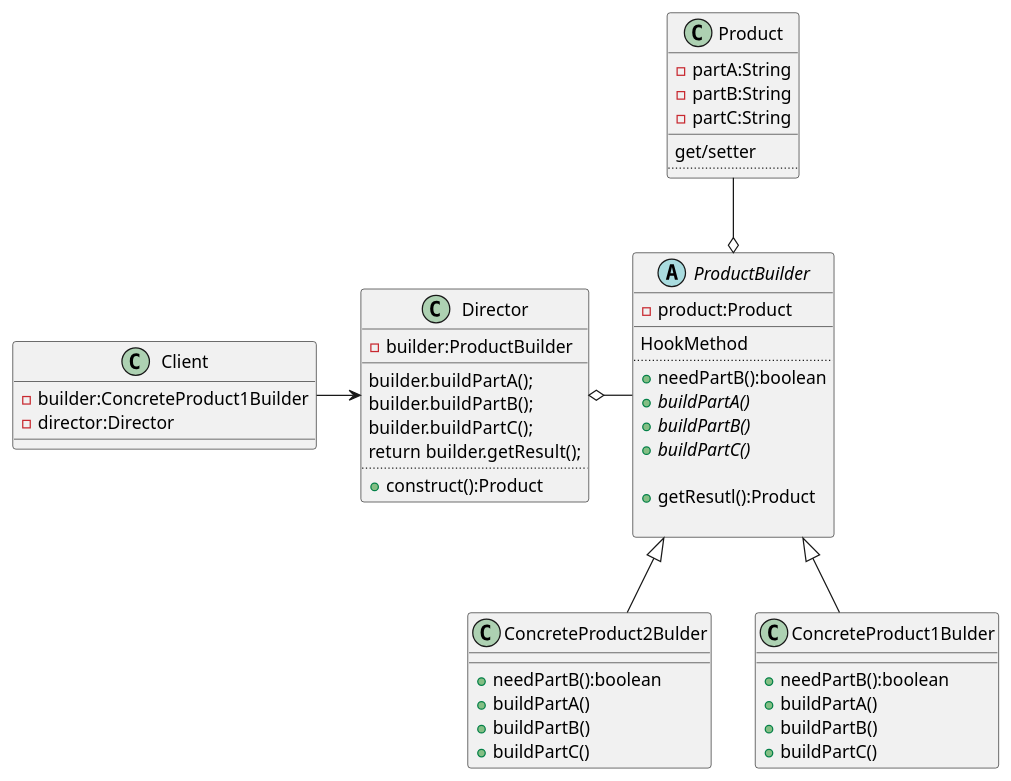
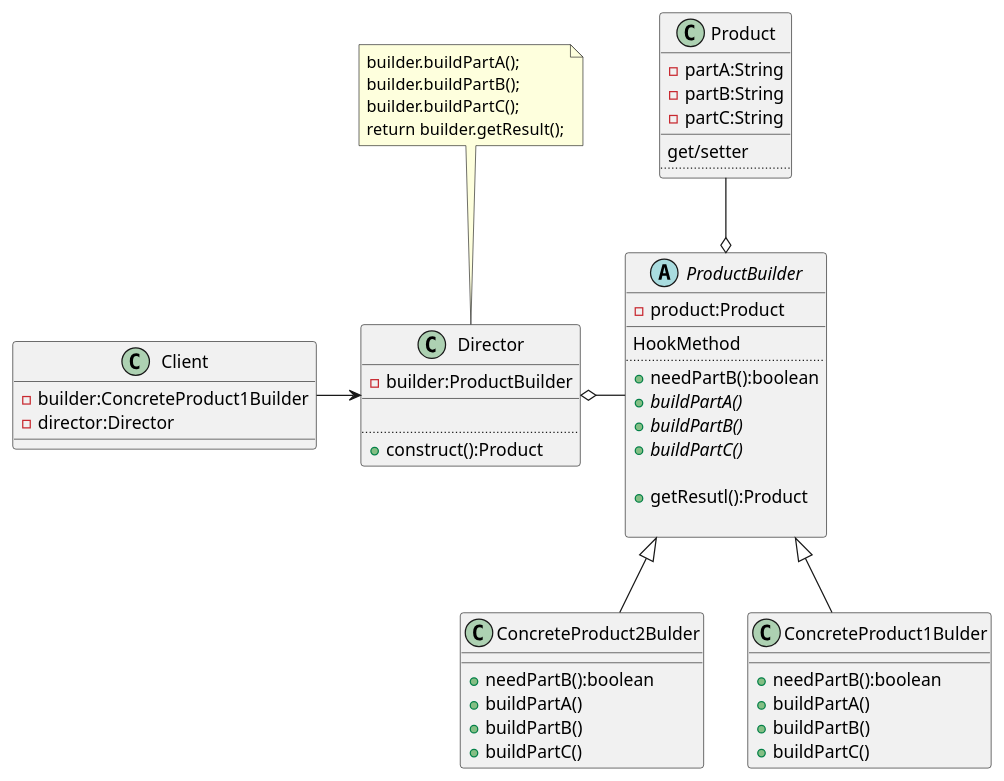
One commit to ronggenliu/DesignPattern changed the diagram in src/me/ronggenliu/dp/creation/builder/classes.puml. Above: the diagram before and after it, drawn with PlantUML. The commit also changed 1 other file, not shown here.

Commit message:
add class diagram.

```diff
--- a/src/me/ronggenliu/dp/creation/builder/classes.puml
+++ b/src/me/ronggenliu/dp/creation/builder/classes.puml
@@ -1,62 +1,65 @@
 @startuml
 
 class Client {
     - builder:ConcreteProduct1Builder
     - director:Director
 }
 
 class Director {
     - builder:ProductBuilder
     __
-    builder.buildPartA();
-    builder.buildPartB();
-    builder.buildPartC();
-    return builder.getResult();
+
     ..
     + construct():Product
 }
 
 abstract class ProductBuilder {
     - product:Product
     __
     HookMethod
     ..
     + needPartB():boolean
     + {abstract} buildPartA()
     + {abstract} buildPartB()
     + {abstract} buildPartC()
 
     + getResutl():Product
 
 }
 together {
     class ConcreteProduct1Bulder {
         + needPartB():boolean
         + buildPartA()
         + buildPartB()
         + buildPartC()
     }
     class ConcreteProduct2Bulder {
         + needPartB():boolean
         + buildPartA()
         + buildPartB()
         + buildPartC()
     }
 }
 
 class Product {
     - partA:String
     - partB:String
     - partC:String
     __
     get/setter
     ..
 }
-
+note as n1
+    builder.buildPartA();
+    builder.buildPartB();
+    builder.buildPartC();
+    return builder.getResult();
+end note
+n1 .. Director
 Client -right-> Director
 Director o-right- ProductBuilder
 ProductBuilder o-up- Product
 ProductBuilder <|-- ConcreteProduct1Bulder
 ProductBuilder <|-- ConcreteProduct2Bulder
 
 @enduml
```
